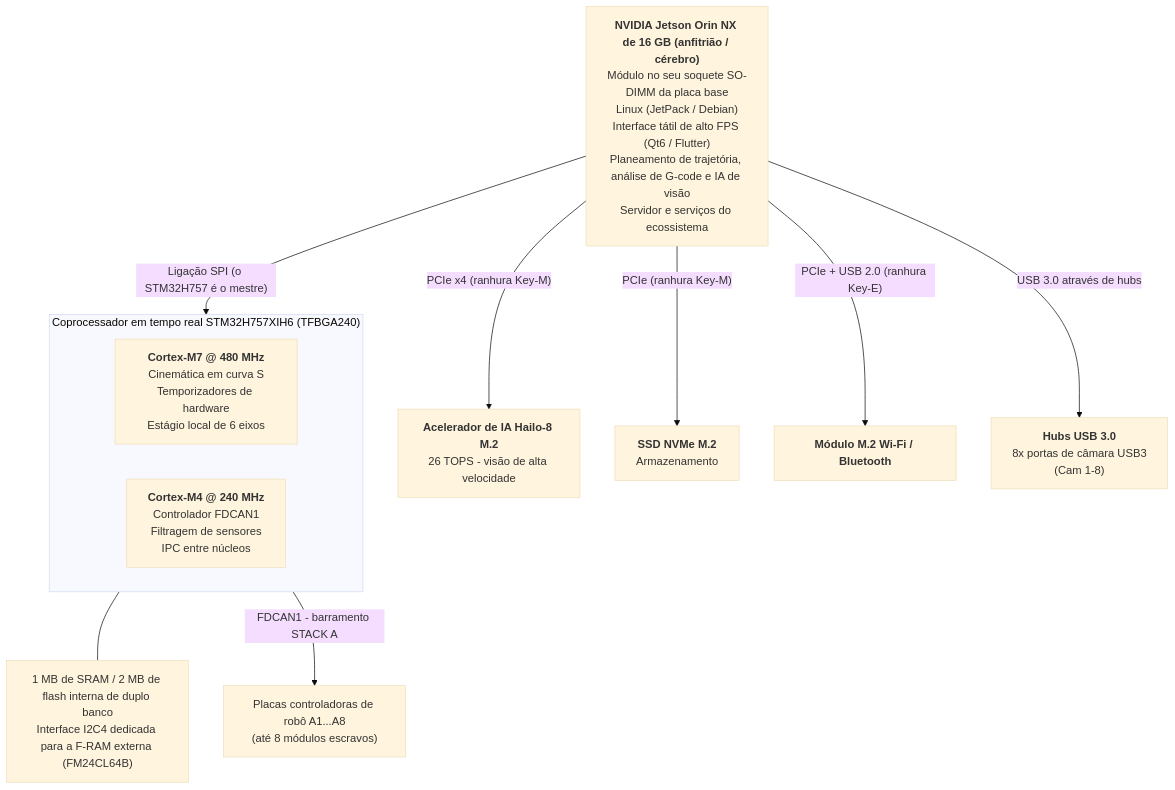
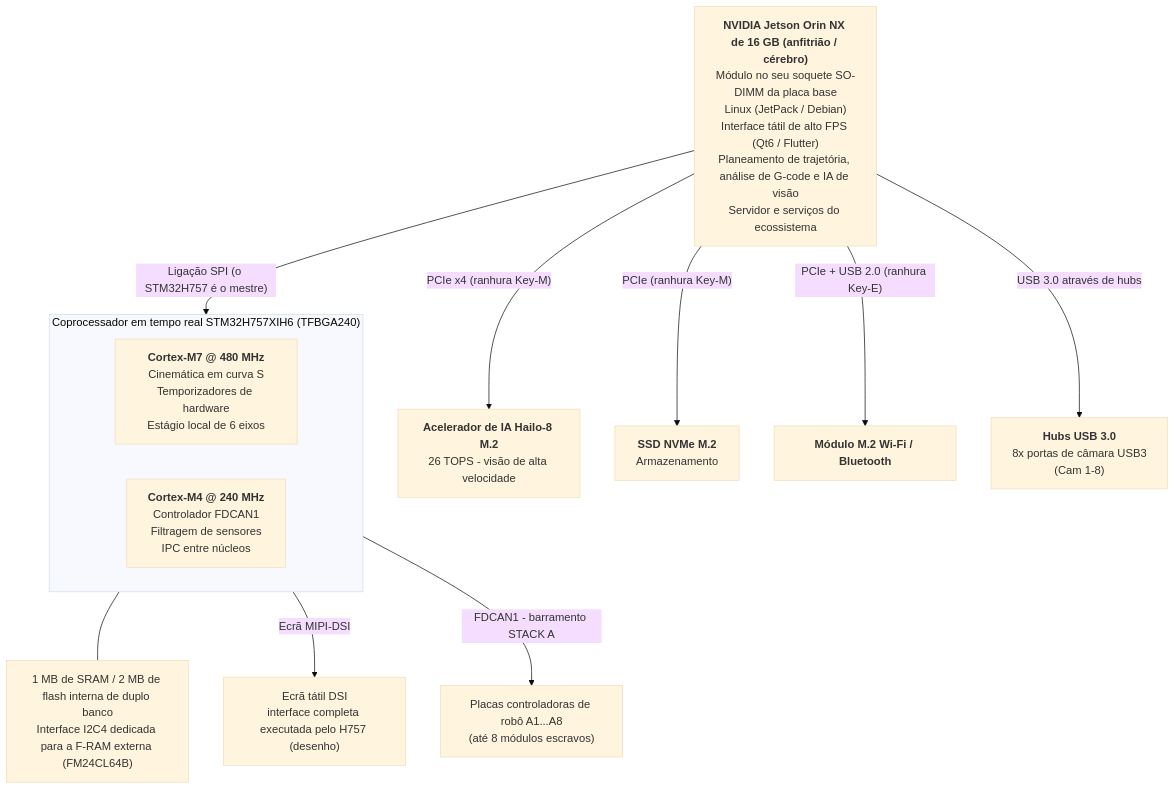
The first of 3 diagrams in README_por.md (JuanenRac/HYDRA-UMC), drawn with Mermaid (base theme) before and after one commit. The commit also changed other lines of this file and 8 other files, not shown here.

````diff
--- a/README_por.md
+++ b/README_por.md
@@ -95,21 +96,22 @@
 ```mermaid
 flowchart TB
     JETSON["<b>NVIDIA Jetson Orin NX de 16 GB (anfitrião / cérebro)</b><br/>Módulo no seu soquete SO-DIMM da placa base<br/>Linux (JetPack / Debian)<br/>Interface tátil de alto FPS (Qt6 / Flutter)<br/>Planeamento de trajetória, análise de G-code e IA de visão<br/>Servidor e serviços do ecossistema"]
 
     JETSON -- "PCIe x4 (ranhura Key-M)" --> HAILO8["<b>Acelerador de IA Hailo-8 M.2</b><br/>26 TOPS - visão de alta velocidade"]
     JETSON -- "PCIe (ranhura Key-M)" --> NVME["<b>SSD NVMe M.2</b><br/>Armazenamento"]
     JETSON -- "PCIe + USB 2.0 (ranhura Key-E)" --> WIFI["<b>Módulo M.2 Wi-Fi / Bluetooth</b>"]
     JETSON -- "USB 3.0 através de hubs" --> HUBS["<b>Hubs USB 3.0</b><br/>8x portas de câmara USB3<br/>(Cam 1-8)"]
 
     JETSON -- "Ligação SPI (o STM32H757 é o mestre)" --> MCU
 
     subgraph MCU["Coprocessador em tempo real STM32H757XIH6 (TFBGA240)"]
         direction LR
         CM7["<b>Cortex-M7 @ 480 MHz</b><br/>Cinemática em curva S<br/>Temporizadores de hardware<br/>Estágio local de 6 eixos"]
         CM4["<b>Cortex-M4 @ 240 MHz</b><br/>Controlador FDCAN1<br/>Filtragem de sensores<br/>IPC entre núcleos"]
     end
     MEM["1 MB de SRAM / 2 MB de flash interna de duplo banco<br/>Interface I2C4 dedicada para a F-RAM externa (FM24CL64B)"]
     MCU --- MEM
+    MCU -- "Ecrã MIPI-DSI" --> DSIDISP["Ecrã tátil DSI<br/>interface completa executada pelo H757 (desenho)"]
 
     MCU -- "FDCAN1 - barramento STACK A" --> ROBOTS["Placas controladoras de robô A1...A8<br/>(até 8 módulos escravos)"]
 ```
````
